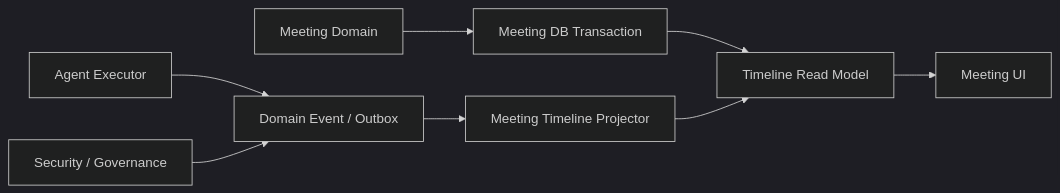
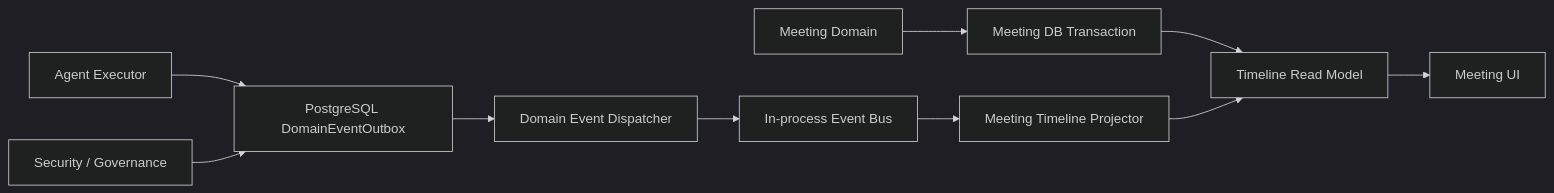
One commit to LunaDeerTech/agenteam changed the second of 2 diagrams in docs/architecture/meeting/meeting-timeline-realtime.md. Above: the diagram before and after it, drawn with Mermaid (dark theme). The commit also changed other lines of this file and 25 other files, not shown here.

Commit message:
docs: refine platform infrastructure architecture

````diff
--- a/docs/architecture/meeting/meeting-timeline-realtime.md
+++ b/docs/architecture/meeting/meeting-timeline-realtime.md
@@ -530,22 +533,26 @@
 ```mermaid
 flowchart LR
     Meeting["Meeting Domain"]
     Executor["Agent Executor"]
     Governance["Security / Governance"]
 
     LocalTx["Meeting DB Transaction"]
-    Outbox["Domain Event / Outbox"]
+    Outbox["PostgreSQL DomainEventOutbox"]
+    Dispatcher["Domain Event Dispatcher"]
+    Bus["In-process Event Bus"]
     Projector["Meeting Timeline Projector"]
     Timeline["Timeline Read Model"]
     UI["Meeting UI"]
 
     Meeting --> LocalTx
     LocalTx --> Timeline
 
     Executor --> Outbox
     Governance --> Outbox
-    Outbox --> Projector
+    Outbox --> Dispatcher
+    Dispatcher --> Bus
+    Bus --> Projector
     Projector --> Timeline
 
     Timeline --> UI
 ```
````
